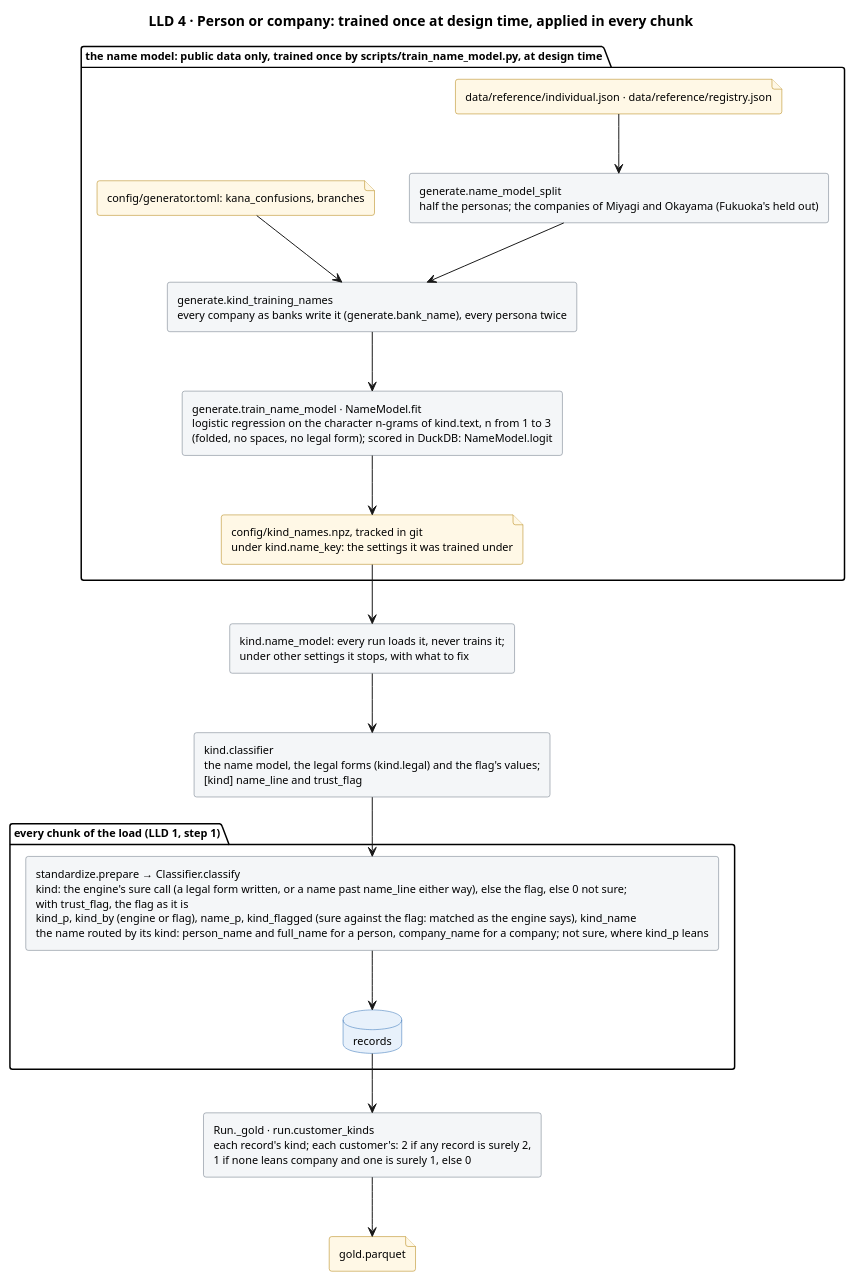
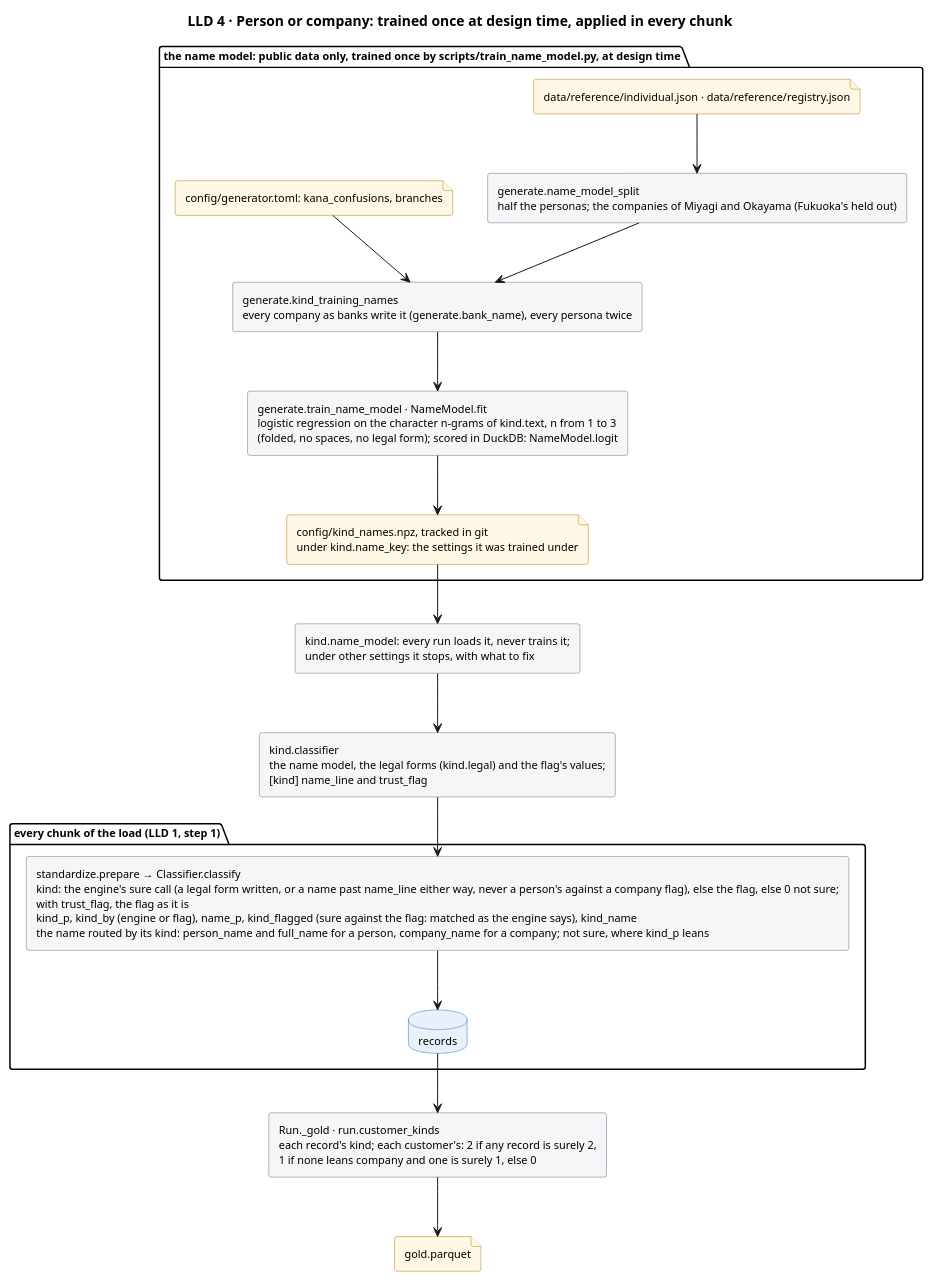
Before and after one commit to mvsbm/entity_matching: the diagram in docs/diagrams/kind.puml, drawn with PlantUML. The commit also changed 11 other files, not shown here.

First line of the commit message:
A name that reads as a person's never overrides a company flag: the flag stands, so a company's records under its representative's name no longer merge into the representative's own

```diff
--- a/docs/diagrams/kind.puml
+++ b/docs/diagrams/kind.puml
@@ -1,48 +1,48 @@
 @startuml kind
 title LLD 4 · Person or company: trained once at design time, applied in every chunk
 skinparam defaultFontSize 11
 skinparam rectangle {
   BackgroundColor #F4F6F8
   BorderColor #65717E
 }
 skinparam database {
   BackgroundColor #E8F1FB
   BorderColor #2C6DB3
 }
 skinparam file {
   BackgroundColor #FFF8E6
   BorderColor #B07D00
 }
 
 package "the name model: public data only, trained once by scripts/train_name_model.py, at design time" {
   file "data/reference/individual.json · data/reference/registry.json" as f_ref
   file "config/generator.toml: kana_confusions, branches" as f_gen
   rectangle "generate.name_model_split\nhalf the personas; the companies of Miyagi and Okayama (Fukuoka's held out)" as split
   rectangle "generate.kind_training_names\nevery company as banks write it (generate.bank_name), every persona twice" as names
   rectangle "generate.train_name_model · NameModel.fit\nlogistic regression on the character n-grams of kind.text, n from 1 to 3\n(folded, no spaces, no legal form); scored in DuckDB: NameModel.logit" as model
   file "config/kind_names.npz, tracked in git\nunder kind.name_key: the settings it was trained under" as f_cache
 }
 rectangle "kind.name_model: every run loads it, never trains it;\nunder other settings it stops, with what to fix" as load
 
 rectangle "kind.classifier\nthe name model, the legal forms (kind.legal) and the flag's values;\n[kind] name_line and trust_flag" as fit
 
 package "every chunk of the load (LLD 1, step 1)" {
-  rectangle "standardize.prepare → Classifier.classify\nkind: the engine's sure call (a legal form written, or a name past name_line either way), else the flag, else 0 not sure;\nwith trust_flag, the flag as it is\nkind_p, kind_by (engine or flag), name_p, kind_flagged (sure against the flag: matched as the engine says), kind_name\nthe name routed by its kind: person_name and full_name for a person, company_name for a company; not sure, where kind_p leans" as classify
+  rectangle "standardize.prepare → Classifier.classify\nkind: the engine's sure call (a legal form written, or a name past name_line either way, never a person's against a company flag), else the flag, else 0 not sure;\nwith trust_flag, the flag as it is\nkind_p, kind_by (engine or flag), name_p, kind_flagged (sure against the flag: matched as the engine says), kind_name\nthe name routed by its kind: person_name and full_name for a person, company_name for a company; not sure, where kind_p leans" as classify
   database "records" as records
 }
 
 rectangle "Run._gold · run.customer_kinds\neach record's kind; each customer's: 2 if any record is surely 2,\n1 if none leans company and one is surely 1, else 0" as gold
 file "gold.parquet" as f_gold
 
 f_ref --> split
 split --> names
 f_gen --> names
 names --> model
 model --> f_cache
 f_cache --> load
 load --> fit
 fit --> classify
 classify --> records
 records --> gold
 gold --> f_gold
 @enduml
```
